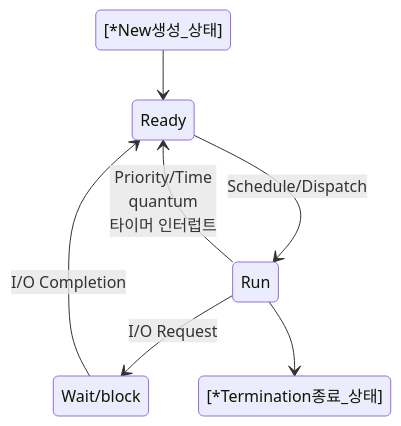
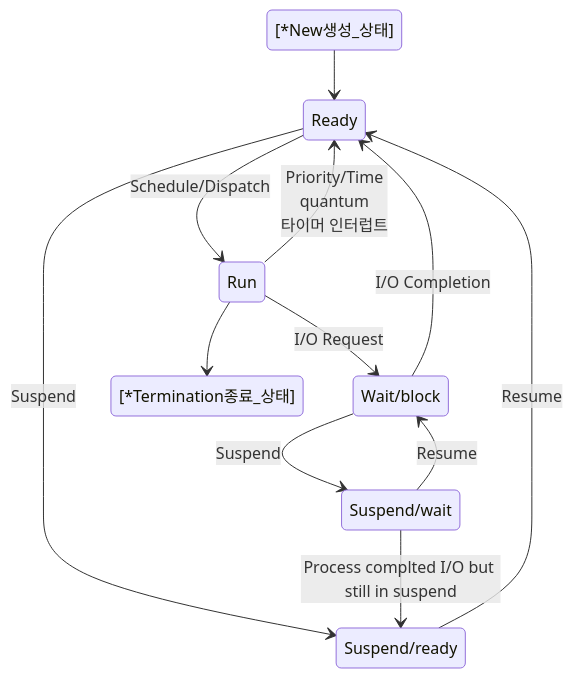
One commit to YoungHaKim7/Algorithm_Training changed the diagram in 06_OS_Algorithm/README.md. Above: the diagram before and after it, drawn with Mermaid. The commit also changed other lines of this file, not shown here.

````diff
--- a/06_OS_Algorithm/README.md
+++ b/06_OS_Algorithm/README.md
@@ -17,10 +17,15 @@
 ```mermaid
 stateDiagram-v2
     [*New생성_상태] --> Ready
     Ready --> Run : Schedule/Dispatch
     Run --> Ready : Priority/Time<br>quantum<br>타이머 인터럽트
+    Ready --> Suspend/ready : Suspend
+    Suspend/ready --> Ready : Resume
     Run --> Wait/block : I/O Request
     Wait/block --> Ready : I/O Completion
+    Wait/block --> Suspend/wait : Suspend
+    Suspend/wait --> Wait/block: Resume
+    Suspend/wait --> Suspend/ready : Process complted I/O but still in suspend
     Run --> [*Termination종료_상태]
 
 ```
````
